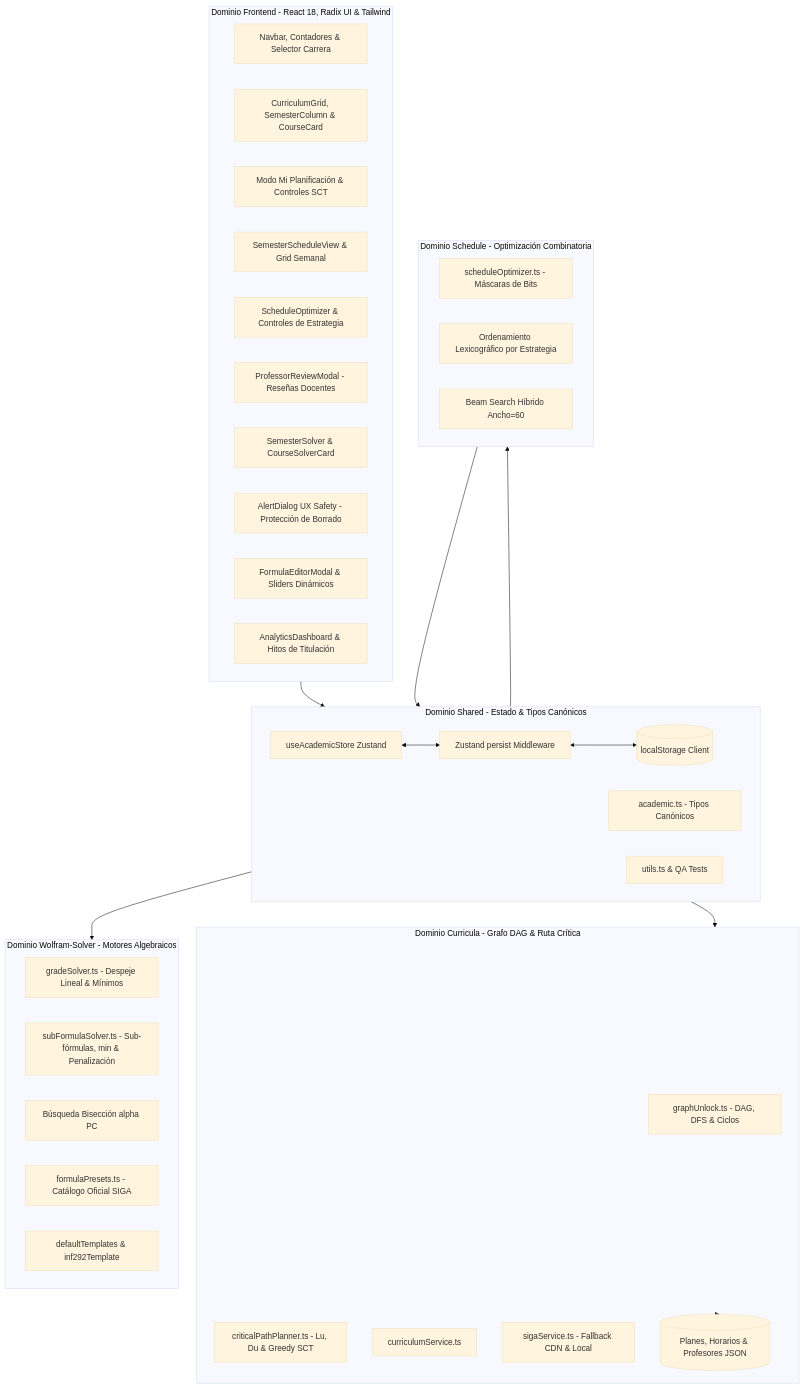
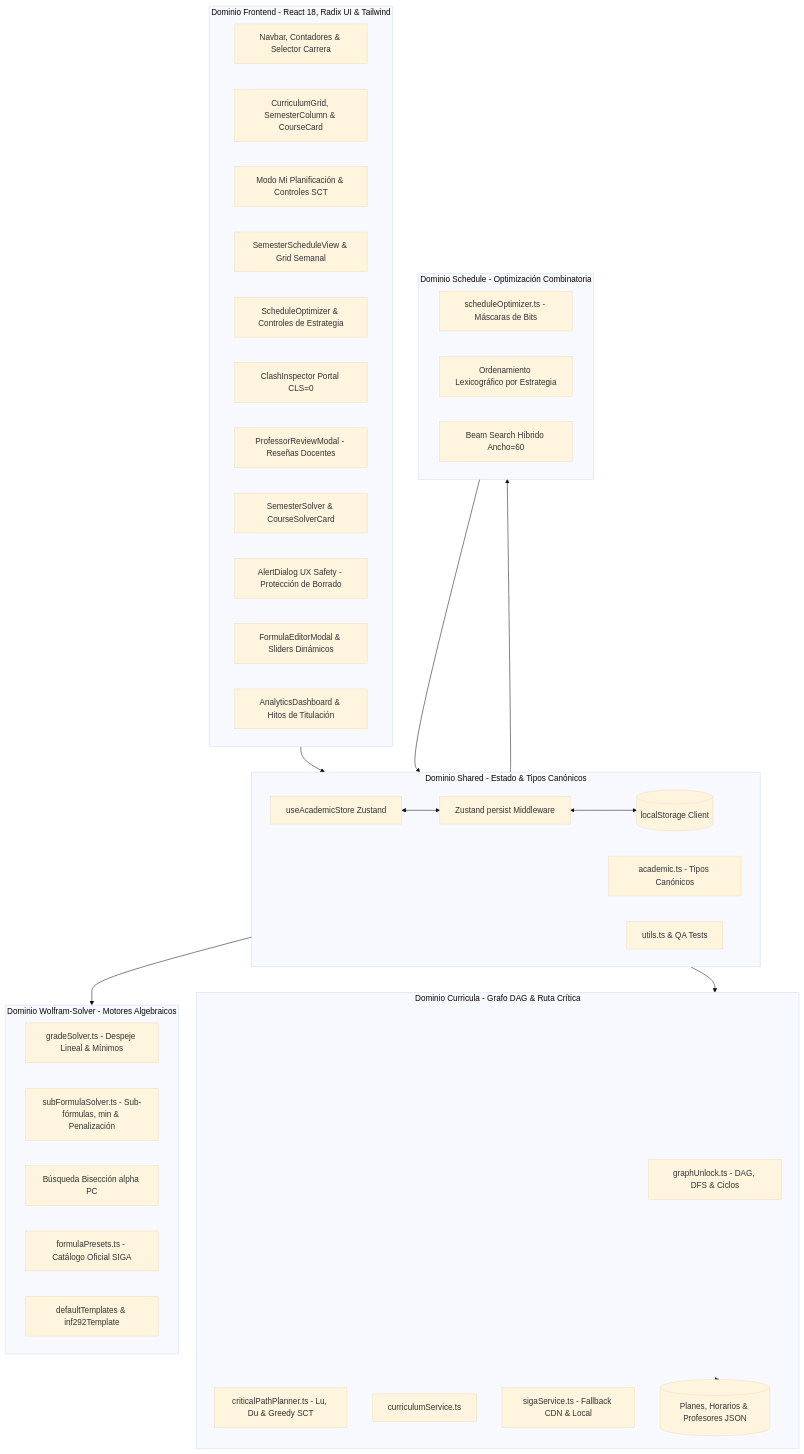
Before and after one commit to Jota216/Malla-USM: the second of 3 diagrams in CONTEXT.md, drawn with Mermaid (base theme). The commit also changed other lines of this file and 8 other files, not shown here.

````diff
--- a/CONTEXT.md
+++ b/CONTEXT.md
@@ -88,53 +89,54 @@
 ```mermaid
 flowchart TD
     subgraph Frontend_Domain [Dominio Frontend - React 18, Radix UI & Tailwind]
         Navbar[Navbar, Contadores & Selector Carrera]
         CurriculumGrid[CurriculumGrid, SemesterColumn & CourseCard]
         PlannerMode[Modo Mi Planificación & Controles SCT]
         ScheduleView[SemesterScheduleView & Grid Semanal]
         ScheduleOptimizerUI[ScheduleOptimizer & Controles de Estrategia]
+        ClashInspector[ClashInspector Portal CLS=0]
         ProfModal[ProfessorReviewModal - Reseñas Docentes]
         SolverView[SemesterSolver & CourseSolverCard]
         UXSafety[AlertDialog UX Safety - Protección de Borrado]
         FormulaModal[FormulaEditorModal & Sliders Dinámicos]
         AnalyticsView[AnalyticsDashboard & Hitos de Titulación]
     end
 
     subgraph Shared_Domain [Dominio Shared - Estado & Tipos Canónicos]
         Store[useAcademicStore Zustand]
         Persist[Zustand persist Middleware]
         Storage[(localStorage Client)]
         Types[academic.ts - Tipos Canónicos]
         Utils[utils.ts & QA Tests]
         Store <--> Persist <--> Storage
     end
 
     subgraph Curricula_Domain [Dominio Curricula - Grafo DAG & Ruta Crítica]
         GraphEngine[graphUnlock.ts - DAG, DFS & Ciclos]
         CriticalPathEngine[criticalPathPlanner.ts - Lu, Du & Greedy SCT]
         CurriculumService[curriculumService.ts]
         SigaService[sigaService.ts - Fallback CDN & Local]
         DataJSON[(Planes, Horarios & Profesores JSON)]
     end
 
     subgraph Schedule_Domain [Dominio Schedule - Optimización Combinatoria]
         BitmaskEngine[scheduleOptimizer.ts - Máscaras de Bits]
         LexicographicSort[Ordenamiento Lexicográfico por Estrategia]
         BeamSearch[Beam Search Híbrido Ancho=60]
     end
 
     subgraph Wolfram_Domain [Dominio Wolfram-Solver - Motores Algebraicos]
         SolverEngine[gradeSolver.ts - Despeje Lineal & Mínimos]
         SubFormulaEngine[subFormulaSolver.ts - Sub-fórmulas, min & Penalización]
         BisectionEngine[Búsqueda Bisección alpha PC]
         Presets[formulaPresets.ts - Catálogo Oficial SIGA]
         Templates[defaultTemplates & inf292Template]
     end
 
     Frontend_Domain --> Shared_Domain
     Shared_Domain --> Curricula_Domain
     Shared_Domain --> Wolfram_Domain
     Shared_Domain --> Schedule_Domain
     Schedule_Domain --> Shared_Domain
     Curricula_Domain --> DataJSON
 ```
````
